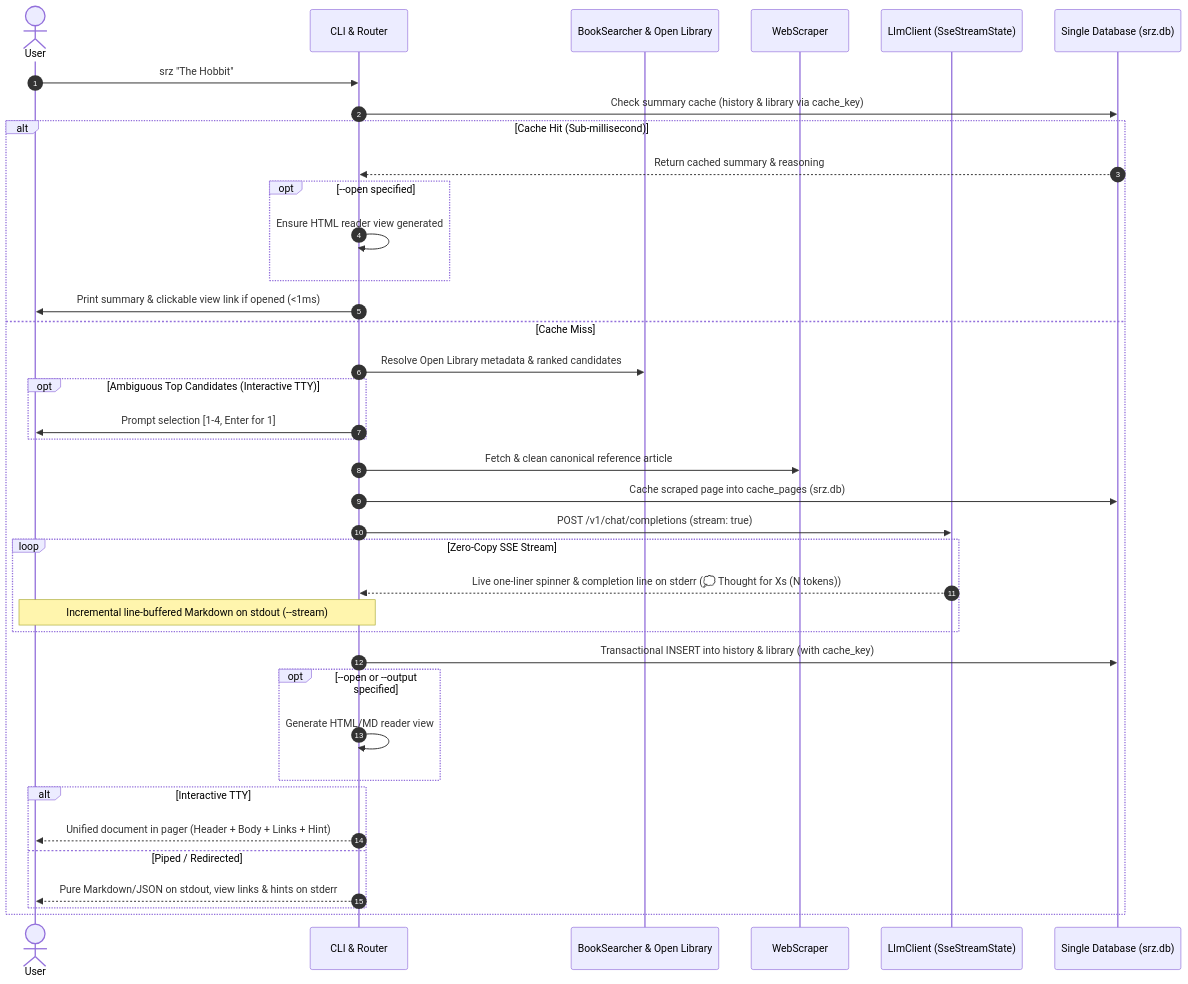
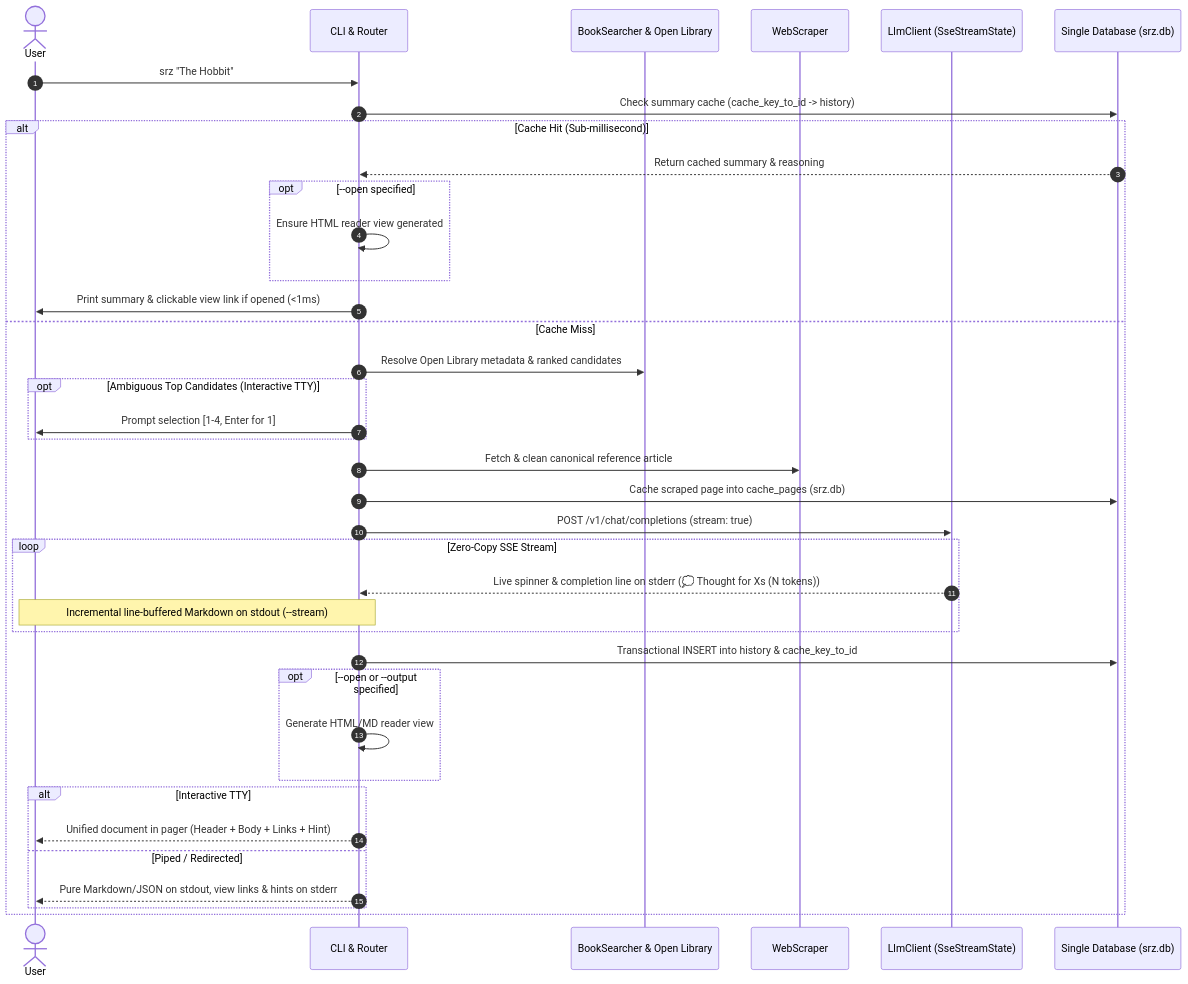
One commit to NewGuy012/srz changed the second of 4 diagrams in docs/src/architecture.md. Above: the diagram before and after it, drawn with Mermaid. The commit also changed other lines of this file and 9 other files, not shown here.

````diff
--- a/docs/src/architecture.md
+++ b/docs/src/architecture.md
@@ -132,41 +133,41 @@
 ```mermaid
 sequenceDiagram
     autonumber
     actor User
     participant CLI as CLI & Router
     participant Search as BookSearcher & Open Library
     participant Scraper as WebScraper
     participant LLM as LlmClient (SseStreamState)
     participant DB as Single Database (srz.db)
 
     User->>CLI: srz "The Hobbit"
-    CLI->>DB: Check summary cache (history & library via cache_key)
+    CLI->>DB: Check summary cache (cache_key_to_id -> history)
     alt Cache Hit (Sub-millisecond)
         DB-->>CLI: Return cached summary & reasoning
         opt --open specified
             CLI->>CLI: Ensure HTML reader view generated
         end
         CLI->>User: Print summary & clickable view link if opened (<1ms)
     else Cache Miss
         CLI->>Search: Resolve Open Library metadata & ranked candidates
         opt Ambiguous Top Candidates (Interactive TTY)
             CLI->>User: Prompt selection [1-4, Enter for 1]
         end
         CLI->>Scraper: Fetch & clean canonical reference article
         CLI->>DB: Cache scraped page into cache_pages (srz.db)
         CLI->>LLM: POST /v1/chat/completions (stream: true)
         loop Zero-Copy SSE Stream
-            LLM-->>CLI: Live one-liner spinner & completion line on stderr (💭 Thought for Xs (N tokens))
+            LLM-->>CLI: Live spinner & completion line on stderr (💭 Thought for Xs (N tokens))
             Note over CLI,User: Incremental line-buffered Markdown on stdout (--stream)
         end
-        CLI->>DB: Transactional INSERT into history & library (with cache_key)
+        CLI->>DB: Transactional INSERT into history & cache_key_to_id
         opt --open or --output specified
             CLI->>CLI: Generate HTML/MD reader view
         end
         alt Interactive TTY
             CLI-->>User: Unified document in pager (Header + Body + Links + Hint)
         else Piped / Redirected
             CLI-->>User: Pure Markdown/JSON on stdout, view links & hints on stderr
         end
     end
 ```
````
